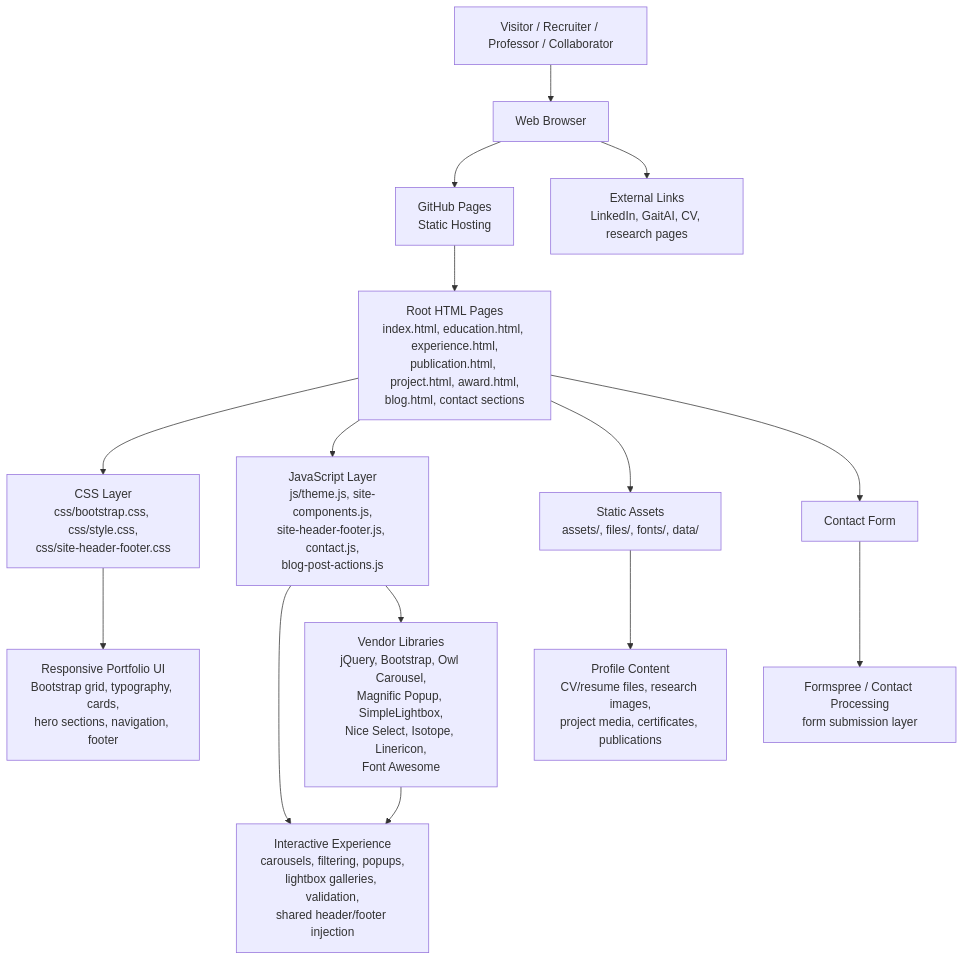
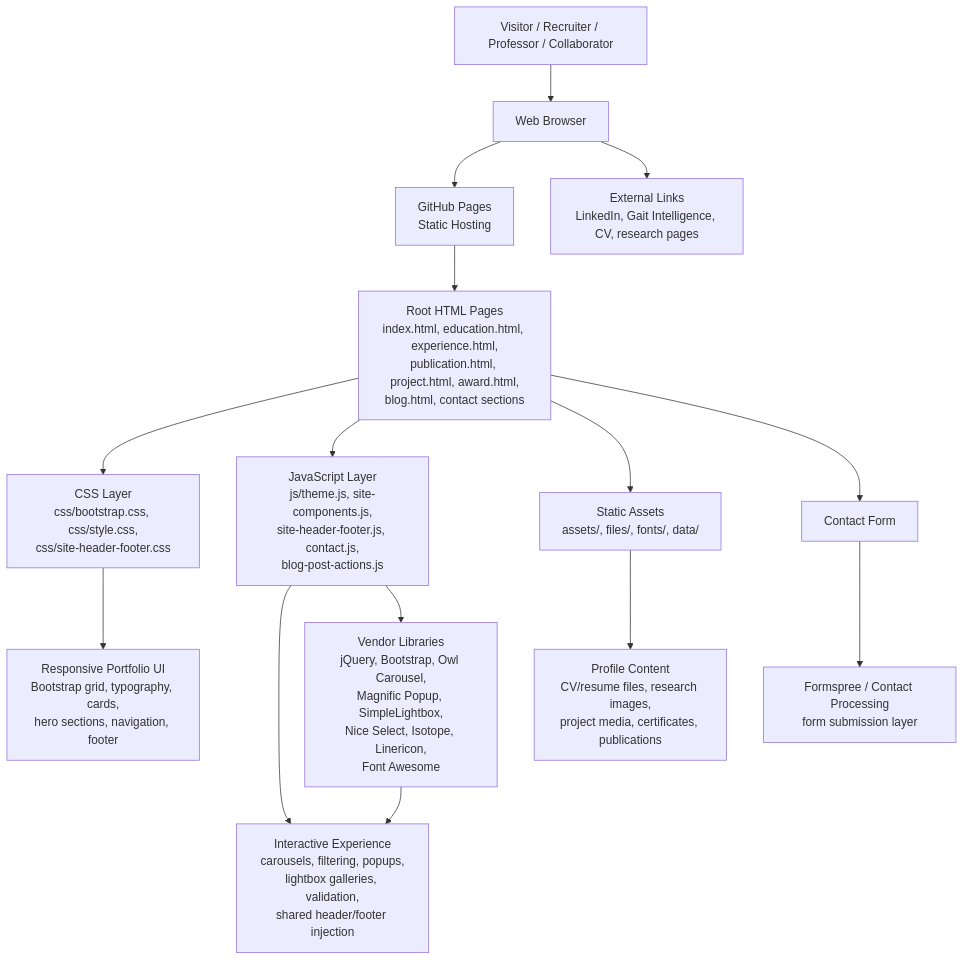
One commit to anubhaparashar/anubhaparashar.github.io changed the diagram in docs/website-architecture.mmd. Above: the diagram before and after it, drawn with Mermaid. The commit also changed 1 other file, not shown here.

```diff
--- a/docs/website-architecture.mmd
+++ b/docs/website-architecture.mmd
@@ -1,21 +1,21 @@
 flowchart TD
     U["Visitor / Recruiter / Professor / Collaborator"] --> B["Web Browser"]
 
     B --> GP["GitHub Pages<br/>Static Hosting"]
     GP --> H["Root HTML Pages<br/>index.html, education.html, experience.html,<br/>publication.html, project.html, award.html,<br/>blog.html, contact sections"]
 
     H --> CSS["CSS Layer<br/>css/bootstrap.css, css/style.css,<br/>css/site-header-footer.css"]
     H --> JS["JavaScript Layer<br/>js/theme.js, site-components.js,<br/>site-header-footer.js, contact.js,<br/>blog-post-actions.js"]
     H --> AS["Static Assets<br/>assets/, files/, fonts/, data/"]
 
     CSS --> UI["Responsive Portfolio UI<br/>Bootstrap grid, typography, cards,<br/>hero sections, navigation, footer"]
     JS --> UX["Interactive Experience<br/>carousels, filtering, popups,<br/>lightbox galleries, validation,<br/>shared header/footer injection"]
     AS --> CONTENT["Profile Content<br/>CV/resume files, research images,<br/>project media, certificates, publications"]
 
     JS --> LIB["Vendor Libraries<br/>jQuery, Bootstrap, Owl Carousel,<br/>Magnific Popup, SimpleLightbox,<br/>Nice Select, Isotope, Linericon,<br/>Font Awesome"]
     LIB --> UX
 
     H --> CONTACT["Contact Form"]
     CONTACT --> FORM["Formspree / Contact Processing<br/>form submission layer"]
 
-    B --> OUT["External Links<br/>LinkedIn, GaitAI, CV, research pages"]
+    B --> OUT["External Links<br/>LinkedIn, Gait Intelligence, CV, research pages"]
```
